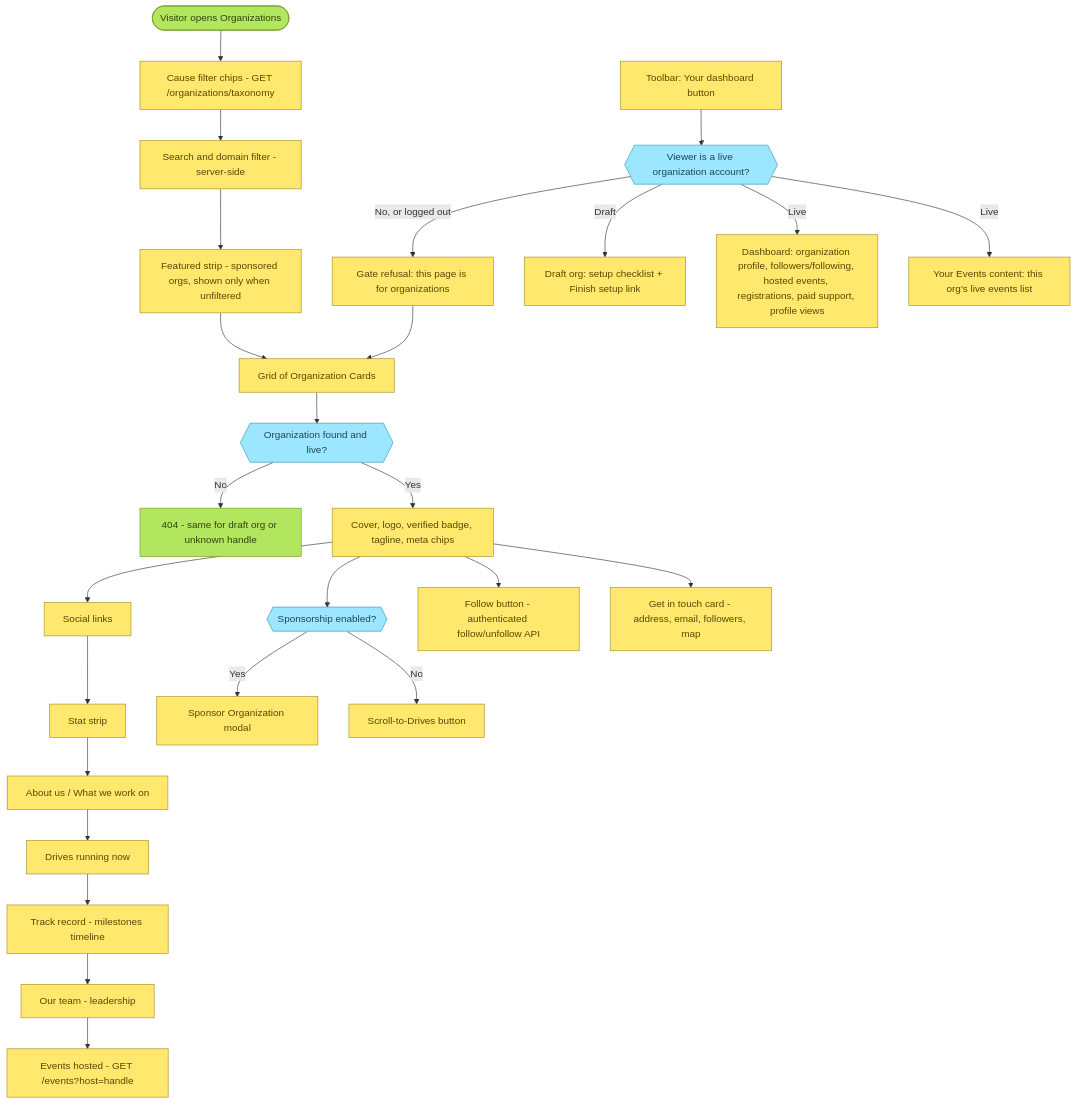
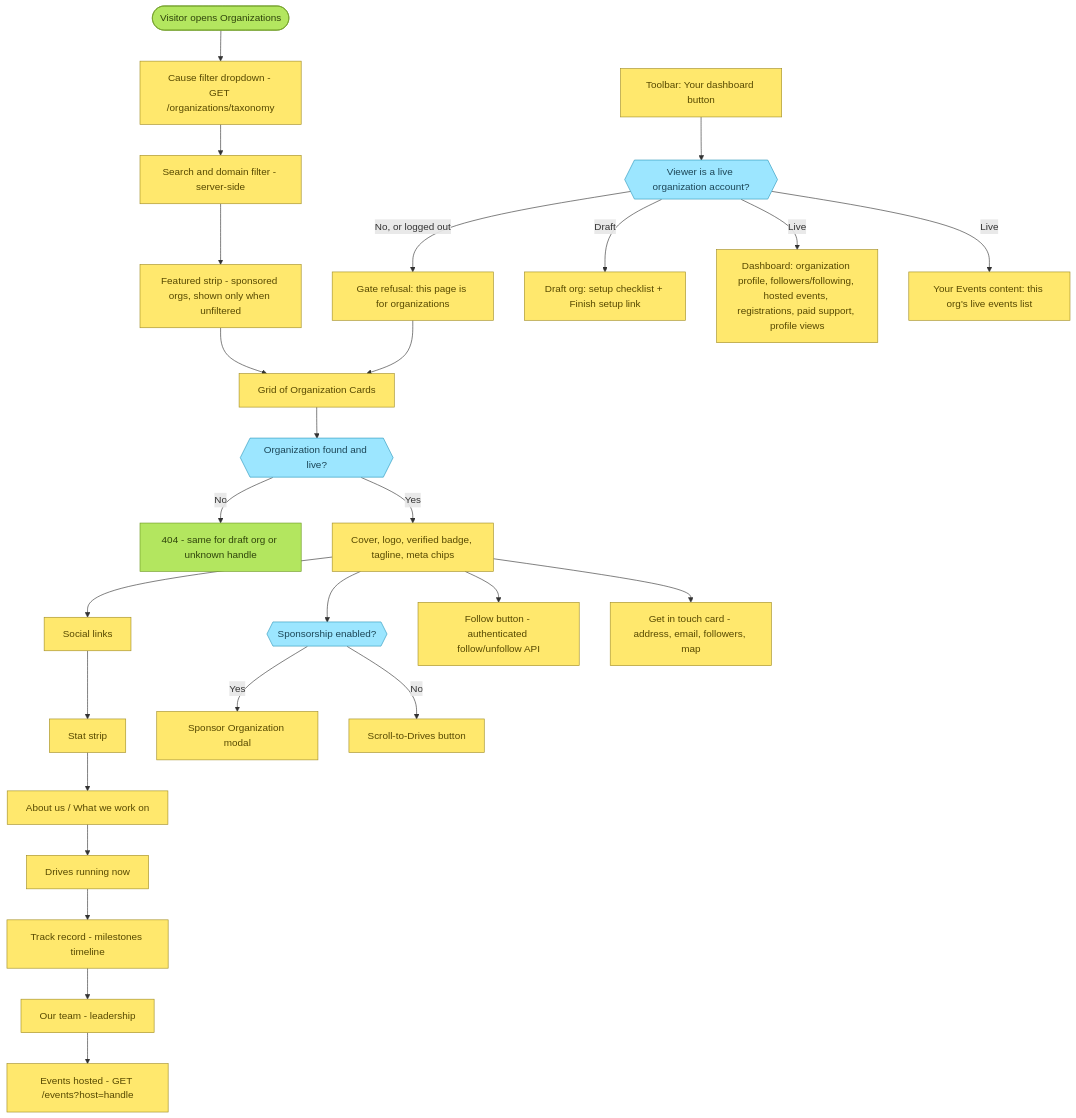
One commit to karmacircleCommunity/KarmaCircle changed the sixth of 7 diagrams in docs/specs/user-flows.md. Above: the diagram before and after it, drawn with Mermaid. The commit also changed other lines of this file and 40 other files, not shown here.

````diff
--- a/docs/specs/user-flows.md
+++ b/docs/specs/user-flows.md
@@ -328,59 +330,59 @@
 ```mermaid
 flowchart TD
     classDef general fill:#FFE86D,stroke:#A28E26,color:#574900
     classDef decision fill:#9CE6FF,stroke:#2C97BB,color:#1C4657
     classDef terminator fill:#B3E65F,stroke:#6E9A24,color:#2F440B
 
     o_start(["Visitor opens Organizations"]):::terminator
-    o_taxonomy["Cause filter chips - GET /organizations/taxonomy"]:::general
+    o_taxonomy["Cause filter dropdown - GET /organizations/taxonomy"]:::general
     o_search["Search and domain filter - server-side"]:::general
     o_featured["Featured strip - sponsored orgs, shown only when unfiltered"]:::general
     o_grid["Grid of Organization Cards"]:::general
     o_dashlink["Toolbar: Your dashboard button"]:::general
     o_profile_fetch{{"Organization found and live?"}}:::decision
     o_404["404 - same for draft org or unknown handle"]:::terminator
     o_header["Cover, logo, verified badge, tagline, meta chips"]:::general
     o_social["Social links"]:::general
     o_stats["Stat strip"]:::general
     o_about["About us / What we work on"]:::general
     o_drives["Drives running now"]:::general
     o_track["Track record - milestones timeline"]:::general
     o_team["Our team - leadership"]:::general
     o_events["Events hosted - GET /events?host=handle"]:::general
     o_sponsor{{"Sponsorship enabled?"}}:::decision
     o_sponsor_modal["Sponsor Organization modal"]:::general
     o_scroll["Scroll-to-Drives button"]:::general
     o_follow["Follow button - authenticated follow/unfollow API"]:::general
     o_contact["Get in touch card - address, email, followers, map"]:::general
     o_gate{{"Viewer is a live organization account?"}}:::decision
     o_refuse["Gate refusal: this page is for organizations"]:::general
     o_checklist["Draft org: setup checklist + Finish setup link"]:::general
     o_dashboard_content["Dashboard: organization profile, followers/following, hosted events, registrations, paid support, profile views"]:::general
     o_yourevents_content["Your Events content: this org's live events list"]:::general
 
     o_start --> o_taxonomy
     o_taxonomy --> o_search
     o_search --> o_featured
     o_featured --> o_grid
     o_grid --> o_profile_fetch
     o_dashlink --> o_gate
     o_profile_fetch -->|"No"| o_404
     o_profile_fetch -->|"Yes"| o_header
     o_header --> o_social
     o_social --> o_stats
     o_stats --> o_about
     o_about --> o_drives
     o_drives --> o_track
     o_track --> o_team
     o_team --> o_events
     o_header --> o_sponsor
     o_sponsor -->|"Yes"| o_sponsor_modal
     o_sponsor -->|"No"| o_scroll
     o_header --> o_follow
     o_header --> o_contact
     o_gate -->|"No, or logged out"| o_refuse
     o_refuse --> o_grid
     o_gate -->|"Draft"| o_checklist
     o_gate -->|"Live"| o_dashboard_content
     o_gate -->|"Live"| o_yourevents_content
 ```
````
